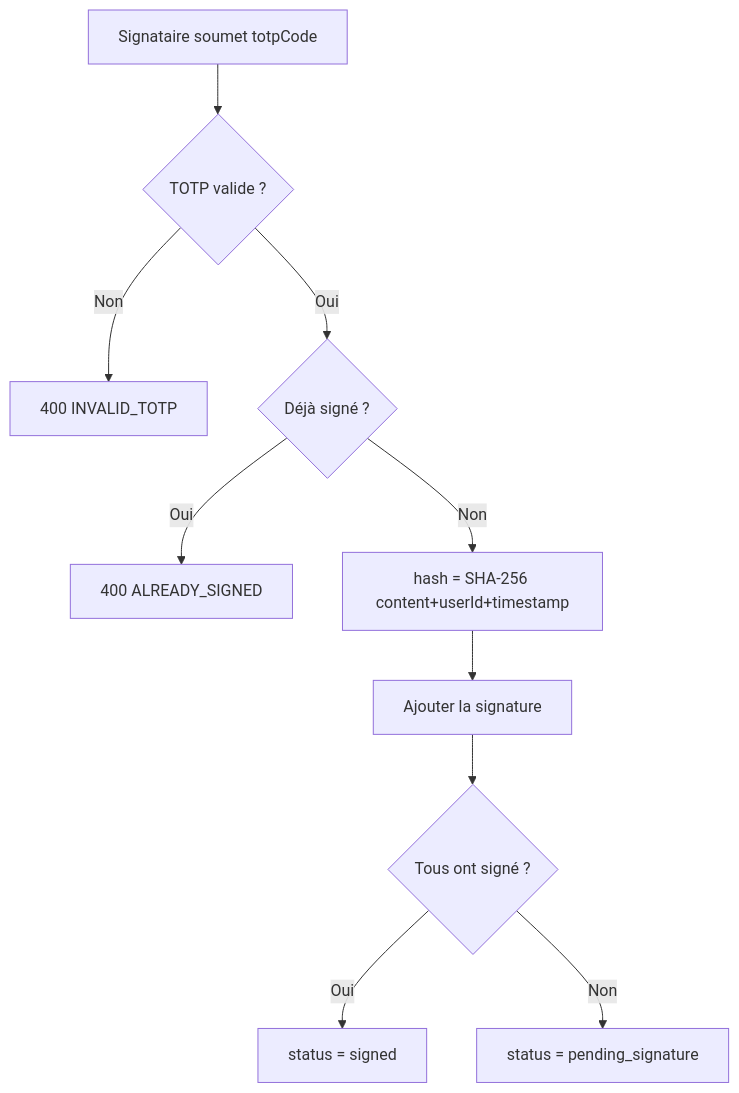
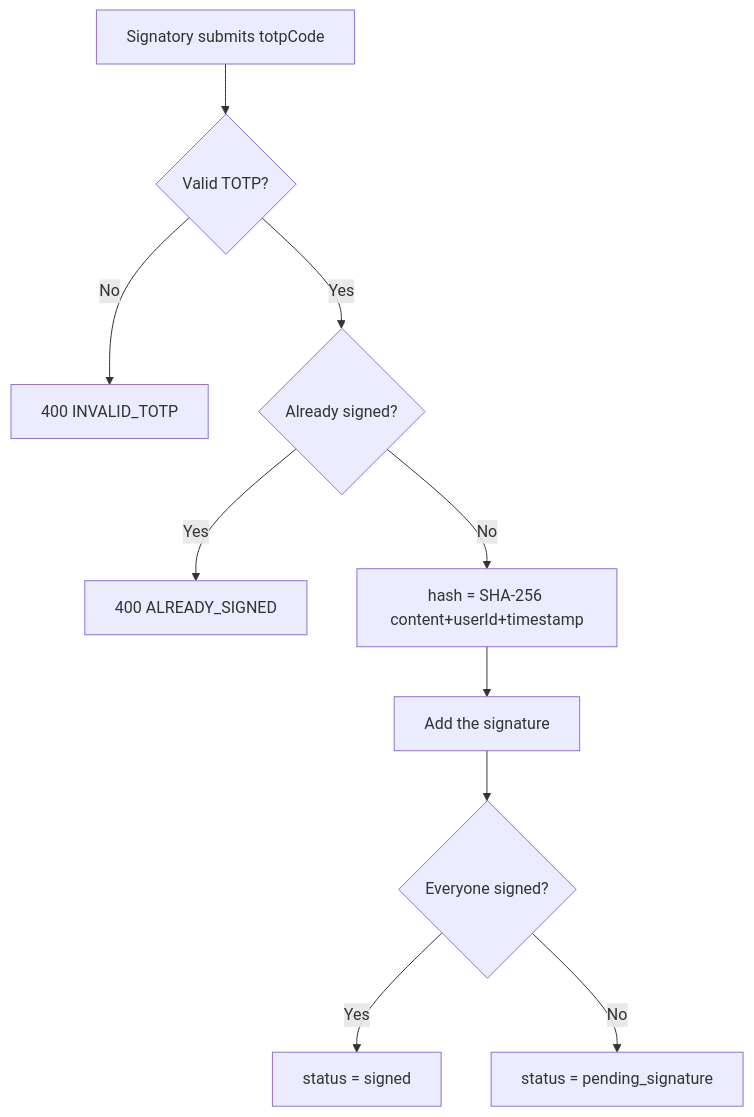
Before and after one commit to creibaud/QuartierConnect: diagram 17 of 20 in docs/RAPPORT-ETAPE3.md, drawn with Mermaid. The commit also changed other lines of this file and 155 other files, not shown here.

````diff
--- a/docs/RAPPORT-ETAPE3.md
+++ b/docs/RAPPORT-ETAPE3.md
@@ -618,12 +618,12 @@
 ```mermaid
 flowchart TD
-    A[Signataire soumet totpCode] --> B{TOTP valide ?}
-    B -->|Non| C[400 INVALID_TOTP]
-    B -->|Oui| D{Déjà signé ?}
-    D -->|Oui| E[400 ALREADY_SIGNED]
-    D -->|Non| F[hash = SHA-256 content+userId+timestamp]
-    F --> G[Ajouter la signature]
-    G --> H{Tous ont signé ?}
-    H -->|Oui| I[status = signed]
-    H -->|Non| J[status = pending_signature]
+    A[Signatory submits totpCode] --> B{Valid TOTP?}
+    B -->|No| C[400 INVALID_TOTP]
+    B -->|Yes| D{Already signed?}
+    D -->|Yes| E[400 ALREADY_SIGNED]
+    D -->|No| F[hash = SHA-256 content+userId+timestamp]
+    F --> G[Add the signature]
+    G --> H{Everyone signed?}
+    H -->|Yes| I[status = signed]
+    H -->|No| J[status = pending_signature]
 ```
````
